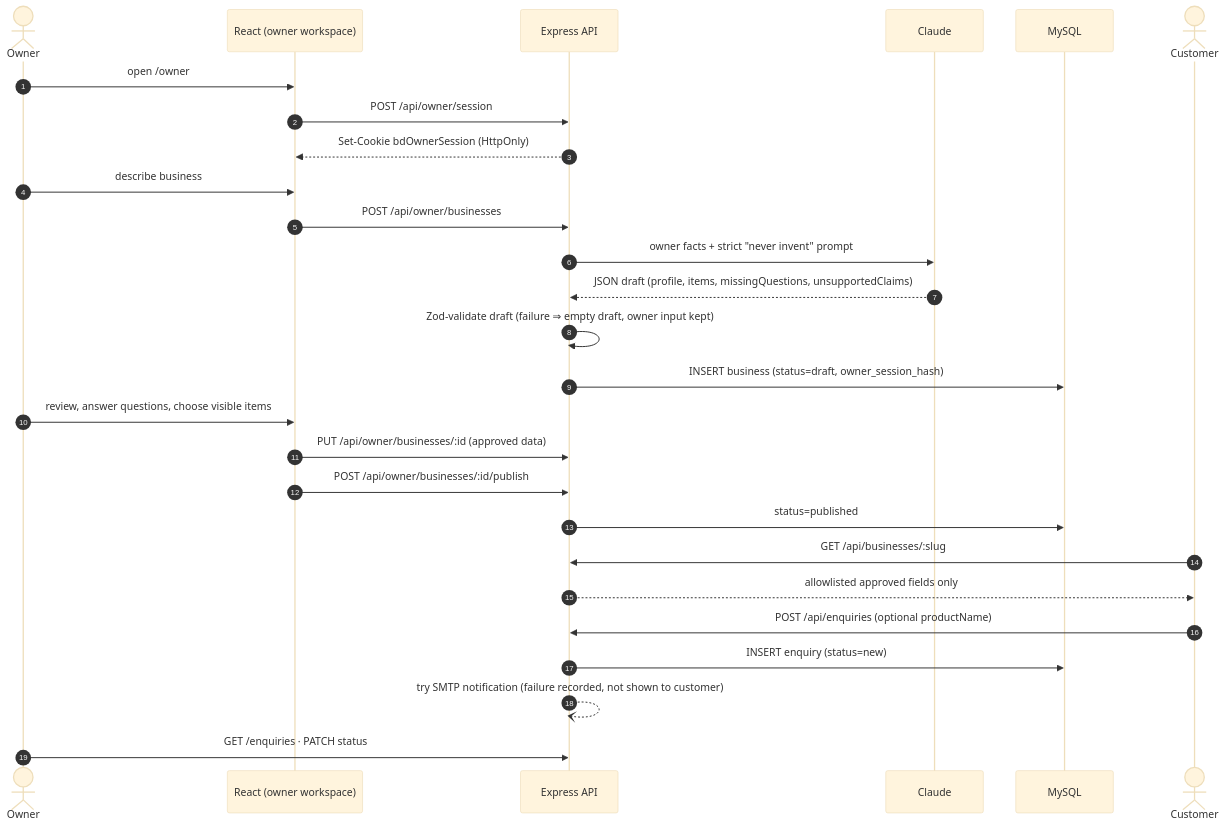
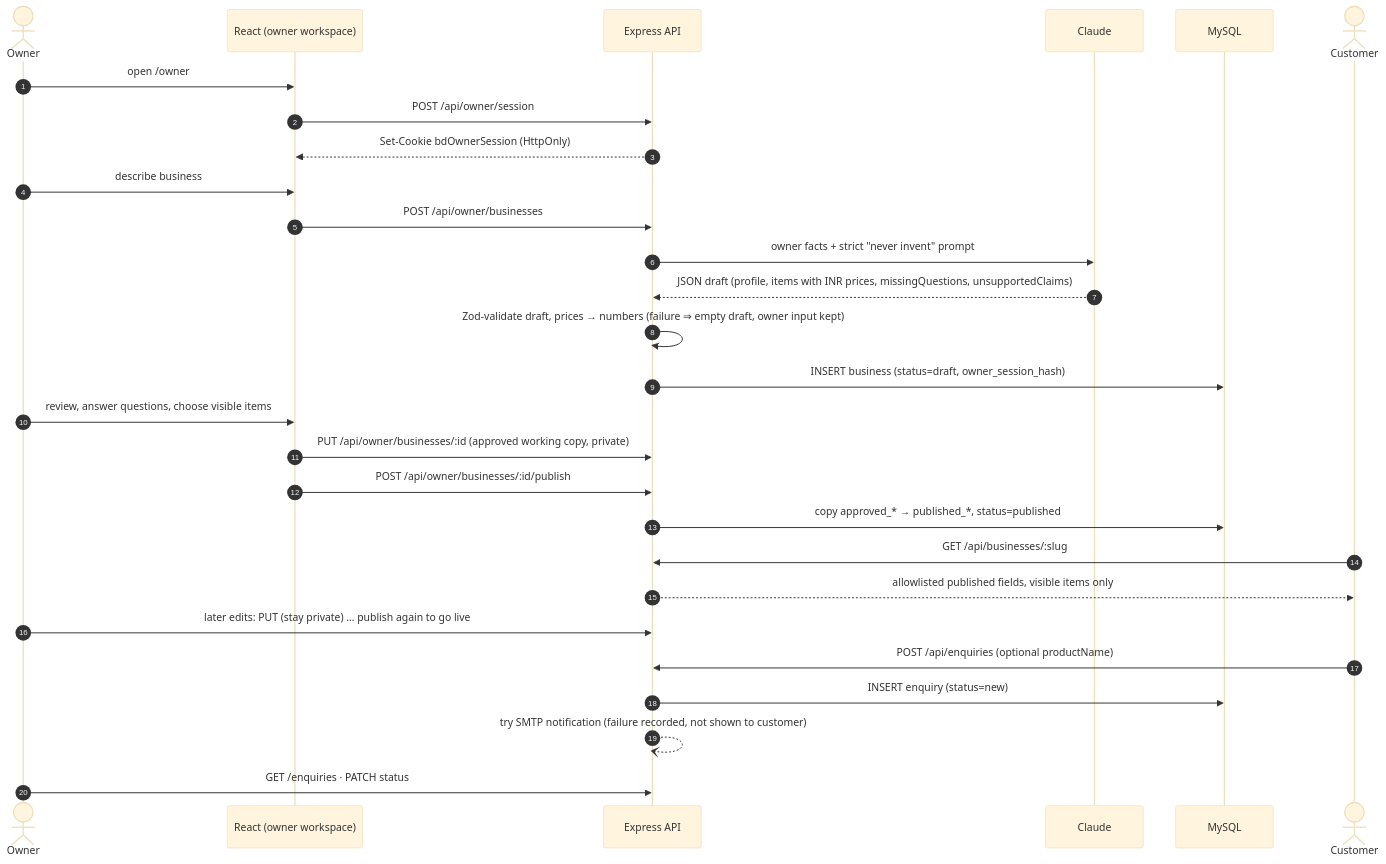
The second of 5 diagrams in docs/architecture.md (sakshi13-m/BizDwaar), drawn with Mermaid (base theme) before and after one commit. The commit also changed other lines of this file and 9 other files, not shown here.

````diff
--- a/docs/architecture.md
+++ b/docs/architecture.md
@@ -45,30 +49,31 @@
 ```mermaid
 sequenceDiagram
   autonumber
   actor Owner
   participant UI as React (owner workspace)
   participant API as Express API
   participant Claude
   participant DB as MySQL
   actor Customer
 
   Owner->>UI: open /owner
   UI->>API: POST /api/owner/session
   API-->>UI: Set-Cookie bdOwnerSession (HttpOnly)
   Owner->>UI: describe business
   UI->>API: POST /api/owner/businesses
   API->>Claude: owner facts + strict "never invent" prompt
-  Claude-->>API: JSON draft (profile, items, missingQuestions, unsupportedClaims)
-  API->>API: Zod-validate draft (failure ⇒ empty draft, owner input kept)
+  Claude-->>API: JSON draft (profile, items with INR prices, missingQuestions, unsupportedClaims)
+  API->>API: Zod-validate draft, prices → numbers (failure ⇒ empty draft, owner input kept)
   API->>DB: INSERT business (status=draft, owner_session_hash)
   Owner->>UI: review, answer questions, choose visible items
-  UI->>API: PUT /api/owner/businesses/:id (approved data)
+  UI->>API: PUT /api/owner/businesses/:id (approved working copy, private)
   UI->>API: POST /api/owner/businesses/:id/publish
-  API->>DB: status=published
+  API->>DB: copy approved_* → published_*, status=published
   Customer->>API: GET /api/businesses/:slug
-  API-->>Customer: allowlisted approved fields only
+  API-->>Customer: allowlisted published fields, visible items only
+  Owner->>API: later edits: PUT (stay private) … publish again to go live
   Customer->>API: POST /api/enquiries (optional productName)
   API->>DB: INSERT enquiry (status=new)
   API--)API: try SMTP notification (failure recorded, not shown to customer)
   Owner->>API: GET /enquiries · PATCH status
 ```
````
